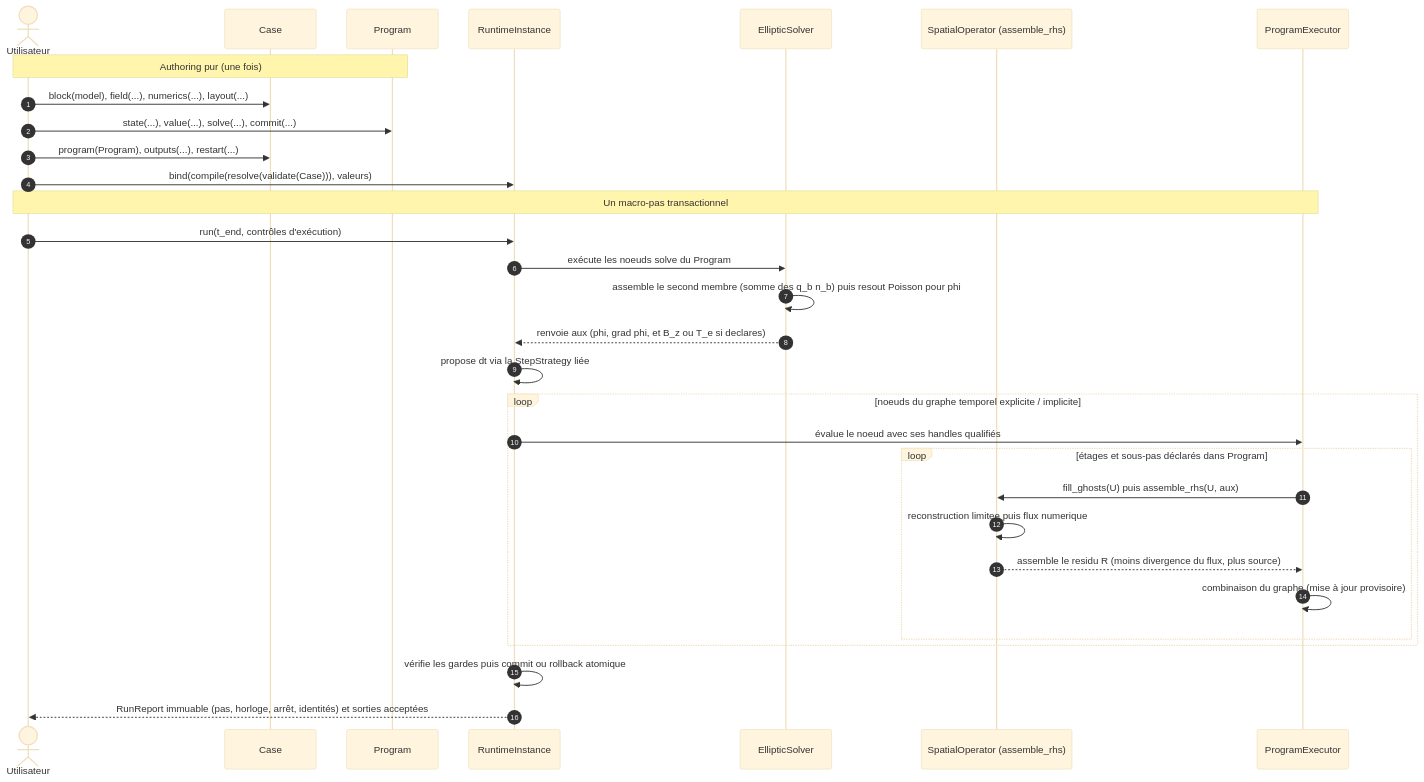
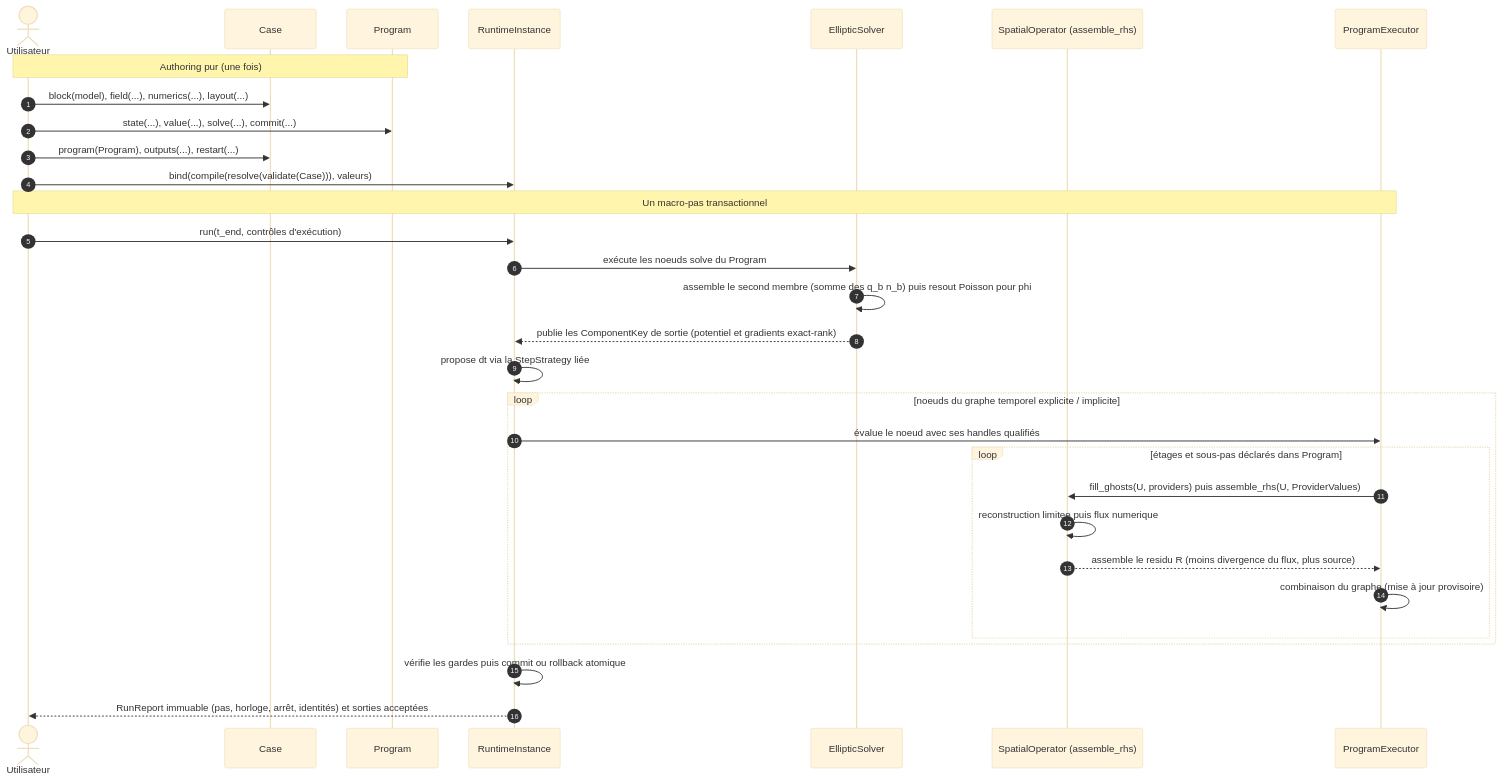
The third of 4 diagrams in docs/ARCHITECTURE.md (wolf75222/PoPS), drawn with Mermaid (base theme) before and after one commit. The commit also changed other lines of this file and 232 other files, not shown here.

Commit message:
refactor(runtime): checkpoint exact-ranked native integration

````diff
--- a/docs/ARCHITECTURE.md
+++ b/docs/ARCHITECTURE.md
@@ -478,36 +478,36 @@
 ```mermaid
 sequenceDiagram
     autonumber
     actor Utilisateur
     participant Case
     participant Program
     participant Runtime as RuntimeInstance
     participant EllipticSolver as EllipticSolver
     participant SpatialOperator as SpatialOperator (assemble_rhs)
     participant Executor as ProgramExecutor
 
     Note over Utilisateur,Program: Authoring pur (une fois)
     Utilisateur->>Case: block(model), field(...), numerics(...), layout(...)
     Utilisateur->>Program: state(...), value(...), solve(...), commit(...)
     Utilisateur->>Case: program(Program), outputs(...), restart(...)
     Utilisateur->>Runtime: bind(compile(resolve(validate(Case))), valeurs)
 
     Note over Utilisateur,Executor: Un macro-pas transactionnel
     Utilisateur->>Runtime: run(t_end, contrôles d'exécution)
     Runtime->>EllipticSolver: exécute les noeuds solve du Program
     EllipticSolver->>EllipticSolver: assemble le second membre (somme des q_b n_b) puis resout Poisson pour phi
-    EllipticSolver-->>Runtime: renvoie aux (phi, grad phi, et B_z ou T_e si declares)
+    EllipticSolver-->>Runtime: publie les ComponentKey de sortie (potentiel et gradients exact-rank)
     Runtime->>Runtime: propose dt via la StepStrategy liée
 
     loop noeuds du graphe temporel explicite / implicite
         Runtime->>Executor: évalue le noeud avec ses handles qualifiés
         loop étages et sous-pas déclarés dans Program
-            Executor->>SpatialOperator: fill_ghosts(U) puis assemble_rhs(U, aux)
+            Executor->>SpatialOperator: fill_ghosts(U, providers) puis assemble_rhs(U, ProviderValues)
             SpatialOperator->>SpatialOperator: reconstruction limitee puis flux numerique
             SpatialOperator-->>Executor: assemble le residu R (moins divergence du flux, plus source)
             Executor->>Executor: combinaison du graphe (mise à jour provisoire)
         end
     end
     Runtime->>Runtime: vérifie les gardes puis commit ou rollback atomique
     Runtime-->>Utilisateur: RunReport immuable (pas, horloge, arrêt, identités) et sorties acceptées
 ```
````
